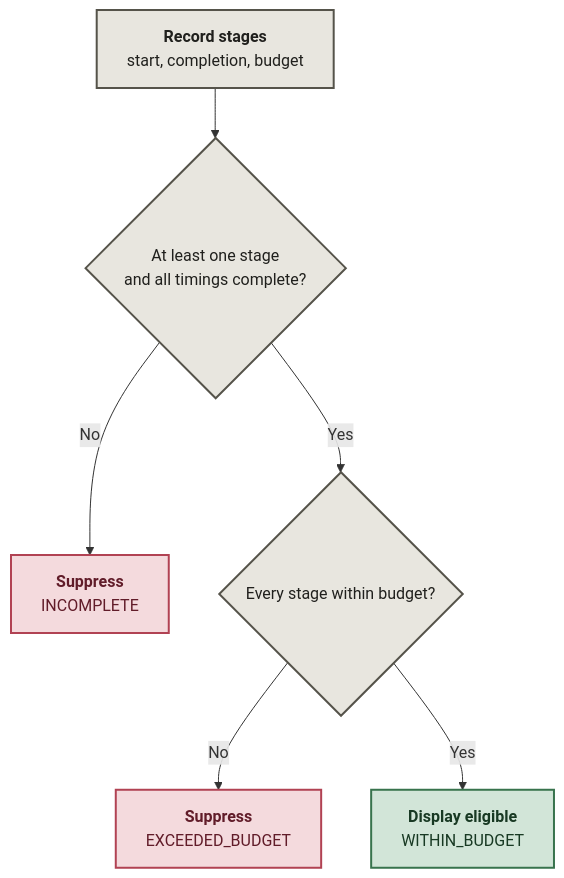
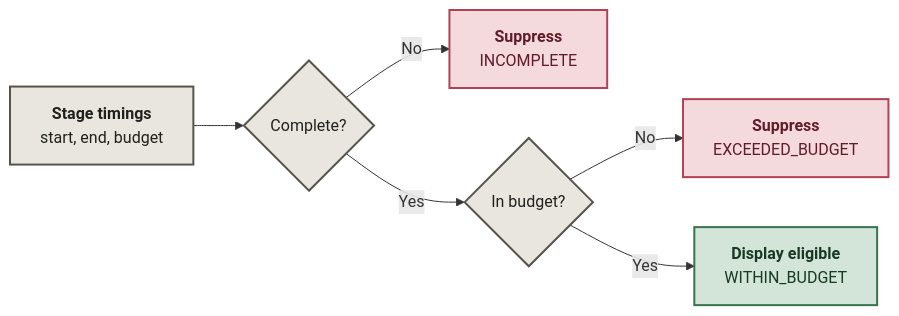
Before and after one commit to Niyam-Paneru/voice-pipeline-guard: the second of 2 diagrams in README.md, drawn with Mermaid. The commit also changed other lines of this file, not shown here.

Commit message:
docs: fit voice guards within a single view

````diff
--- a/README.md
+++ b/README.md
@@ -30,14 +30,14 @@
 ```mermaid
-flowchart TB
-    E["<b>Record stages</b><br/>start, completion, budget"] --> F{"At least one stage<br/>and all timings complete?"}
+flowchart LR
+    E["<b>Stage timings</b><br/>start, end, budget"] --> F{"Complete?"}
     F -- No --> S["<b>Suppress</b><br/>INCOMPLETE"]
-    F -- Yes --> G{"Every stage within budget?"}
+    F -- Yes --> G{"In budget?"}
     G -- No --> L["<b>Suppress</b><br/>EXCEEDED_BUDGET"]
     G -- Yes --> H["<b>Display eligible</b><br/>WITHIN_BUDGET"]
     classDef input fill:#e8e6df,stroke:#55534a,color:#20201d,stroke-width:2px;
     classDef pass fill:#d2e5d8,stroke:#38734d,color:#183923,stroke-width:2px;
     classDef stop fill:#f4dadd,stroke:#b14253,color:#611c29,stroke-width:2px;
     class E,F,G input;
     class H pass;
     class S,L stop;
 ```
````
